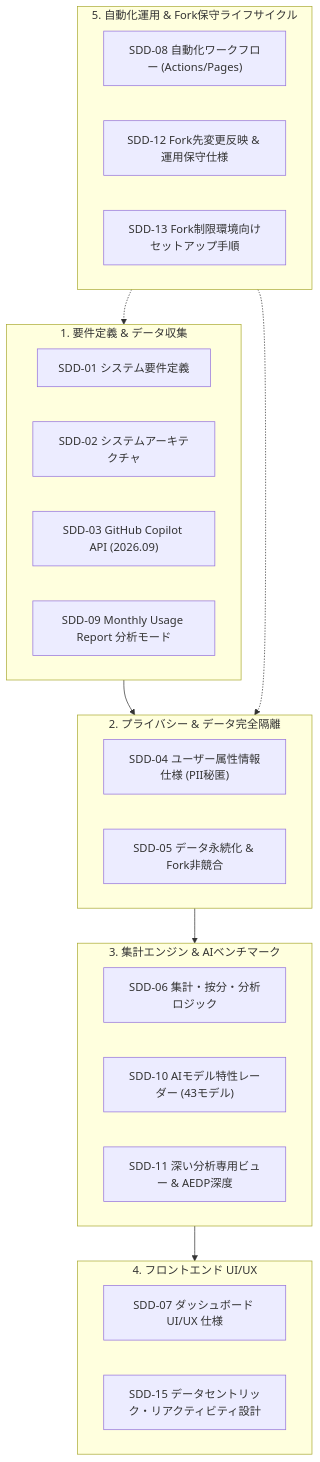
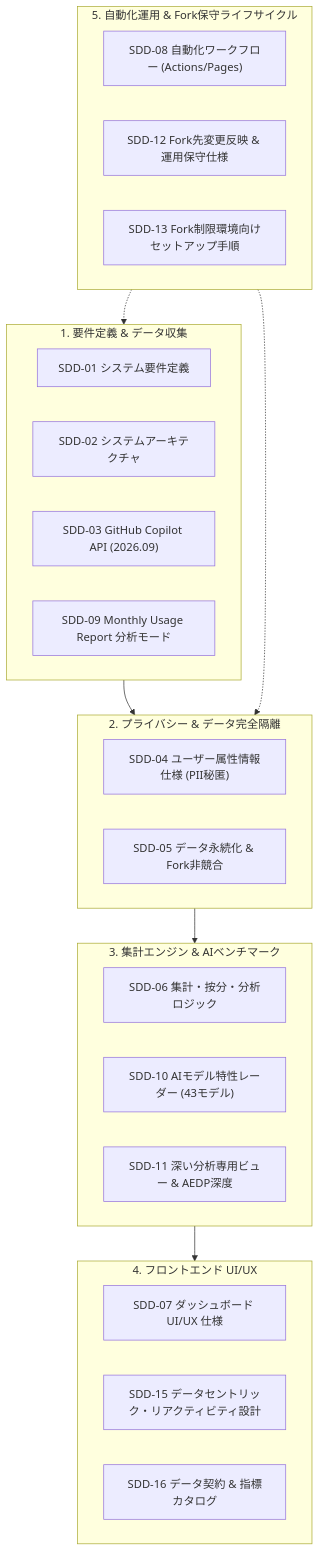
One commit to sun-flat-yamada/github-copilot-dashboard changed the diagram in docs/specifications/README.ja.md. Above: the diagram before and after it, drawn with Mermaid. The commit also changed other lines of this file and 16 other files, not shown here.

````diff
--- a/docs/specifications/README.ja.md
+++ b/docs/specifications/README.ja.md
@@ -13,35 +13,36 @@
 ```mermaid
 flowchart TD
     subgraph D1["1. 要件定義 & データ収集"]
         S01["SDD-01 システム要件定義"]
         S02["SDD-02 システムアーキテクチャ"]
         S03["SDD-03 GitHub Copilot API (2026.09)"]
         S09["SDD-09 Monthly Usage Report 分析モード"]
     end
 
     subgraph D2["2. プライバシー & データ完全隔離"]
         S04["SDD-04 ユーザー属性情報仕様 (PII秘匿)"]
         S05["SDD-05 データ永続化 & Fork非競合"]
     end
 
     subgraph D3["3. 集計エンジン & AIベンチマーク"]
         S06["SDD-06 集計・按分・分析ロジック"]
         S10["SDD-10 AIモデル特性レーダー (43モデル)"]
         S11["SDD-11 深い分析専用ビュー & AEDP深度"]
     end
 
     subgraph D4["4. フロントエンド UI/UX"]
         S07["SDD-07 ダッシュボード UI/UX 仕様"]
         S15["SDD-15 データセントリック・リアクティビティ設計"]
+        S16["SDD-16 データ契約 & 指標カタログ"]
     end
 
     subgraph D5["5. 自動化運用 & Fork保守ライフサイクル"]
         S08["SDD-08 自動化ワークフロー (Actions/Pages)"]
         S12["SDD-12 Fork先変更反映 & 運用保守仕様"]
         S13["SDD-13 Fork制限環境向けセットアップ手順"]
     end
 
     D1 --> D2 --> D3 --> D4
     D5 -.-> D1
     D5 -.-> D2
 ```
````
